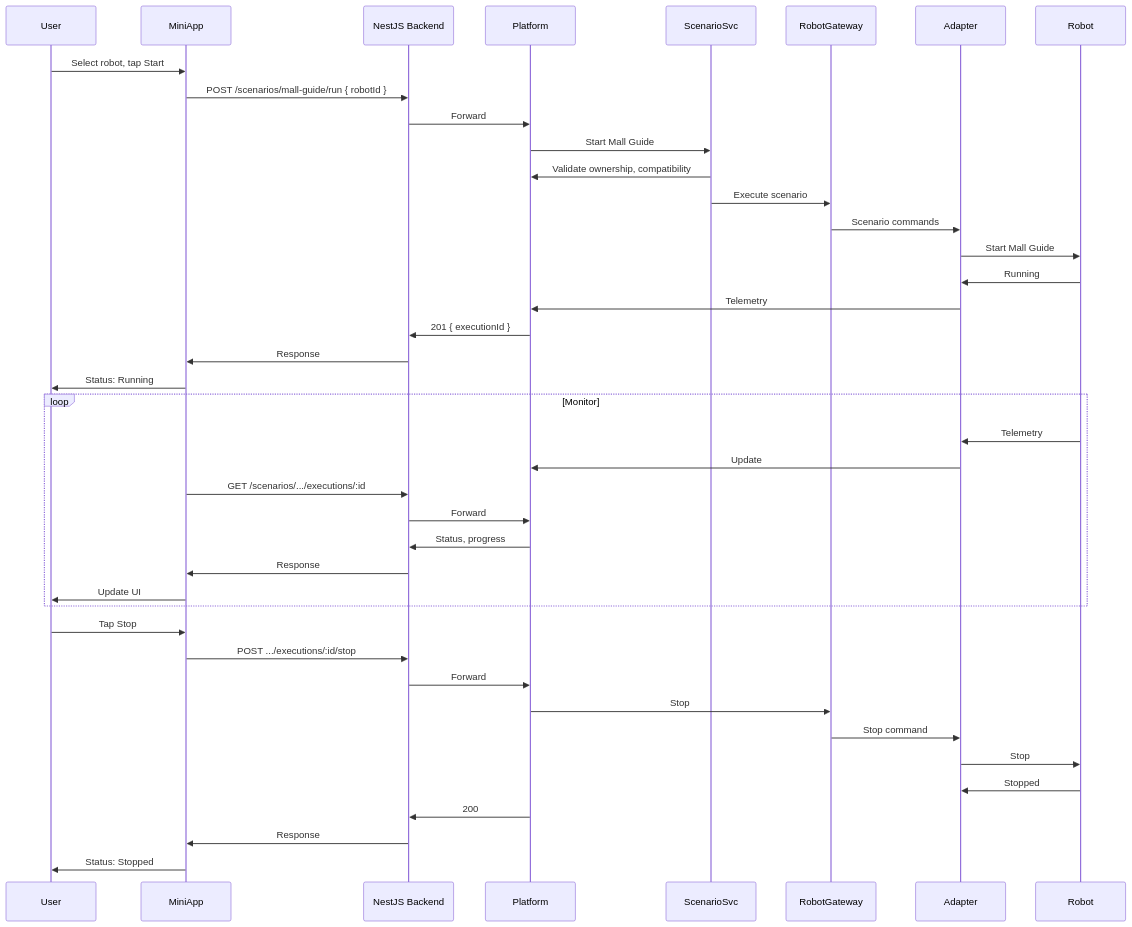
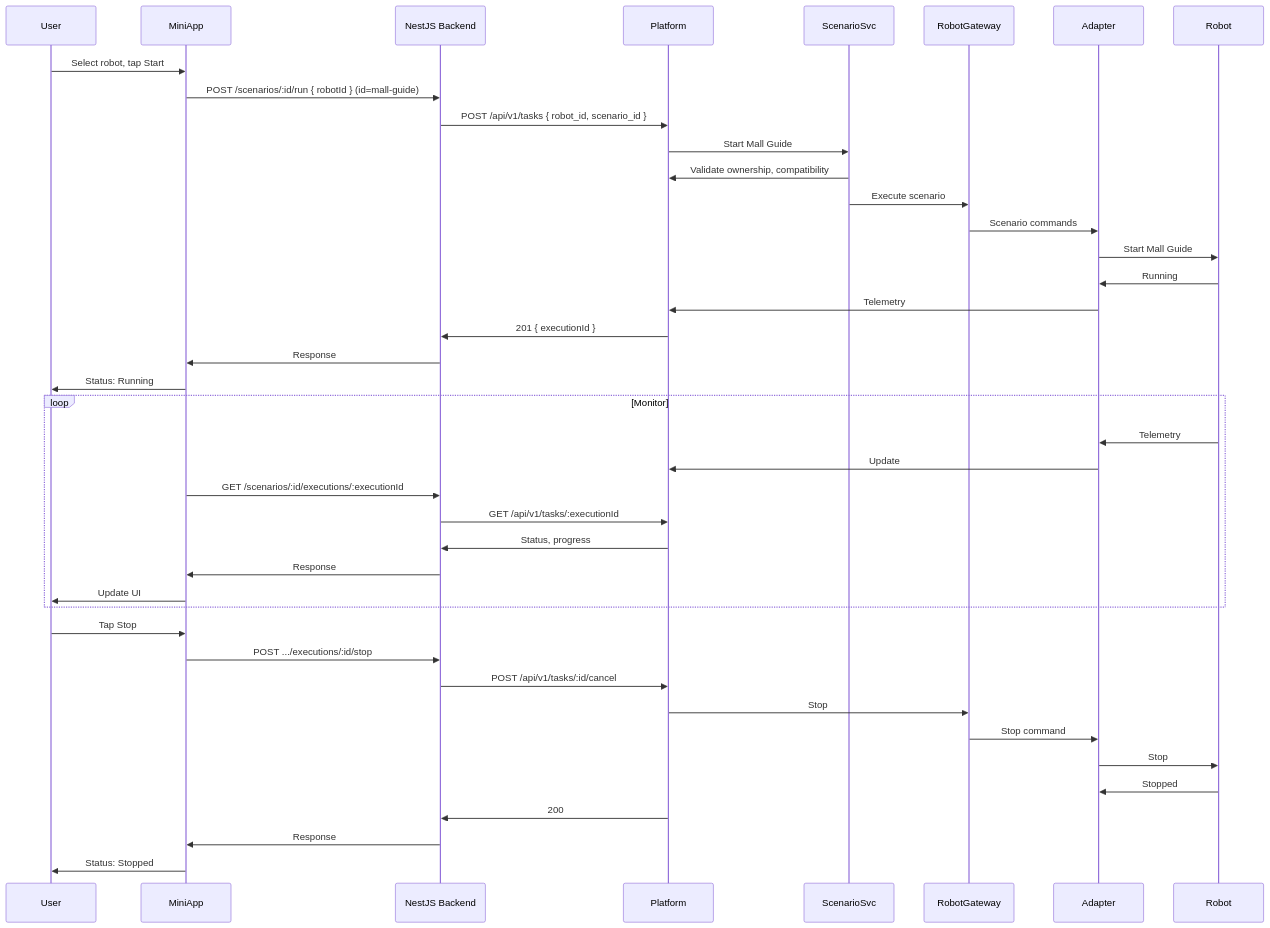
The fifth of 5 diagrams in docs/architecture/integration-with-sai-platform.md (Saitosar/sai-aurosy-telegram-mini-app), drawn with Mermaid before and after one commit. The commit also changed other lines of this file and 12 other files, not shown here.

Commit message:
Update documentation to clarify Store API status and integration details. Specify that V1 uses a mock store, while V2 will implement the Store API. Adjust references across multiple files to reflect these changes and improve clarity on platform interactions.

````diff
--- a/docs/architecture/integration-with-sai-platform.md
+++ b/docs/architecture/integration-with-sai-platform.md
@@ -136,46 +136,46 @@
 ```mermaid
 sequenceDiagram
     participant User
     participant MiniApp
     participant Backend as NestJS Backend
     participant Platform
     participant ScenarioSvc
     participant RobotGateway
     participant Adapter
     participant Robot
 
     User->>MiniApp: Select robot, tap Start
-    MiniApp->>Backend: POST /scenarios/mall-guide/run { robotId }
-    Backend->>Platform: Forward
+    MiniApp->>Backend: POST /scenarios/:id/run { robotId } (id=mall-guide)
+    Backend->>Platform: POST /api/v1/tasks { robot_id, scenario_id }
     Platform->>ScenarioSvc: Start Mall Guide
     ScenarioSvc->>Platform: Validate ownership, compatibility
     ScenarioSvc->>RobotGateway: Execute scenario
     RobotGateway->>Adapter: Scenario commands
     Adapter->>Robot: Start Mall Guide
     Robot->>Adapter: Running
     Adapter->>Platform: Telemetry
     Platform->>Backend: 201 { executionId }
     Backend->>MiniApp: Response
     MiniApp->>User: Status: Running
 
     loop Monitor
         Robot->>Adapter: Telemetry
         Adapter->>Platform: Update
-        MiniApp->>Backend: GET /scenarios/.../executions/:id
-        Backend->>Platform: Forward
+        MiniApp->>Backend: GET /scenarios/:id/executions/:executionId
+        Backend->>Platform: GET /api/v1/tasks/:executionId
         Platform->>Backend: Status, progress
         Backend->>MiniApp: Response
         MiniApp->>User: Update UI
     end
 
     User->>MiniApp: Tap Stop
     MiniApp->>Backend: POST .../executions/:id/stop
-    Backend->>Platform: Forward
+    Backend->>Platform: POST /api/v1/tasks/:id/cancel
     Platform->>RobotGateway: Stop
     RobotGateway->>Adapter: Stop command
     Adapter->>Robot: Stop
     Robot->>Adapter: Stopped
     Platform->>Backend: 200
     Backend->>MiniApp: Response
     MiniApp->>User: Status: Stopped
 ```
````
